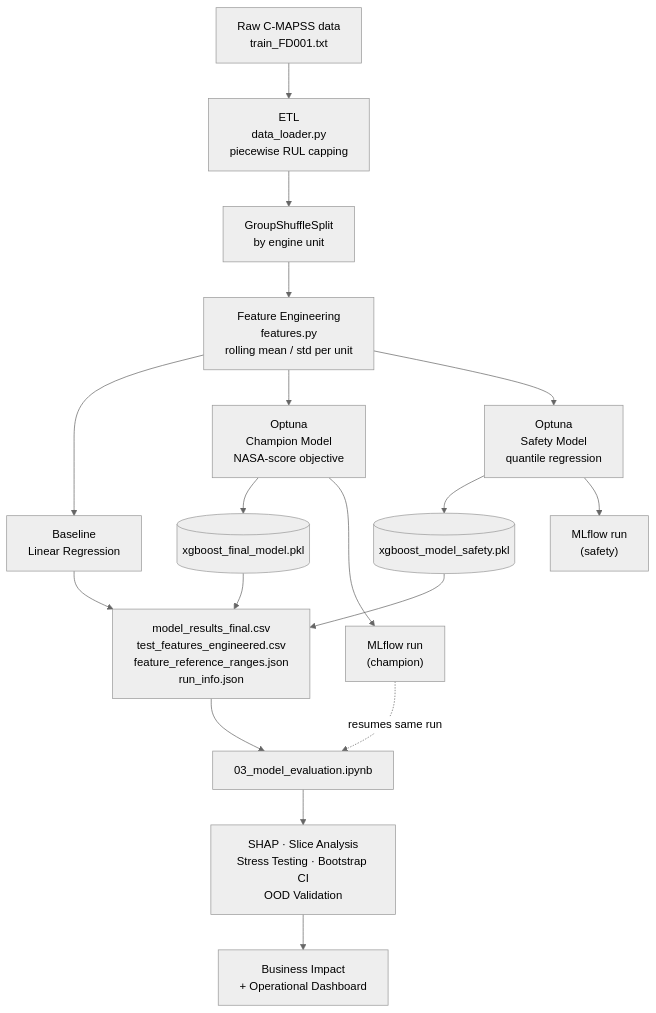
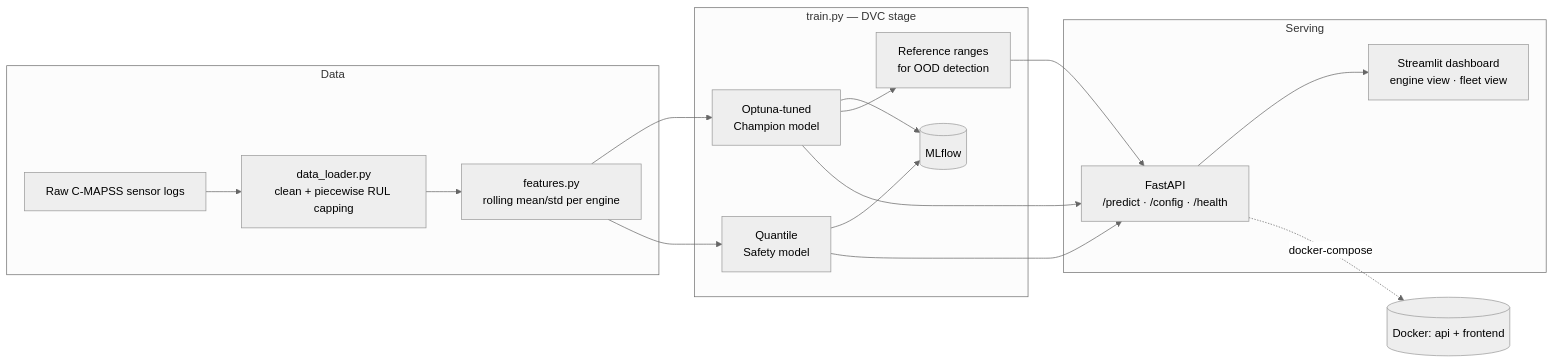
Before and after one commit to Ali-EL-AMRIOUI/predictive_maintenance: the diagram in README.md, drawn with Mermaid (neutral theme). The commit also changed other lines of this file and 13 other files, not shown here.

First line of the commit message:
feat: finalize complete MLOps pipeline with FastAPI, Streamlit UI, an… (#20)

````diff
--- a/README.md
+++ b/README.md
@@ -94,20 +49,22 @@
 ```mermaid
-flowchart TD
-    A["Raw C-MAPSS data\ntrain_FD001.txt"] --> B["ETL\ndata_loader.py\npiecewise RUL capping"]
-    B --> C["GroupShuffleSplit\nby engine unit"]
-    C --> D["Feature Engineering\nfeatures.py\nrolling mean / std per unit"]
-    D --> E["Baseline\nLinear Regression"]
-    D --> F["Optuna\nChampion Model\nNASA-score objective"]
-    D --> G["Optuna\nSafety Model\nquantile regression"]
-    F --> H[("xgboost_final_model.pkl")]
-    G --> I[("xgboost_model_safety.pkl")]
-    F --> K["MLflow run\n(champion)"]
-    G --> L["MLflow run\n(safety)"]
-    H --> M["model_results_final.csv\ntest_features_engineered.csv\nfeature_reference_ranges.json\nrun_info.json"]
-    I --> M
-    E --> M
-    M --> N["03_model_evaluation.ipynb"]
-    N --> O["SHAP · Slice Analysis\nStress Testing · Bootstrap CI\nOOD Validation"]
-    O --> P["Business Impact\n+ Operational Dashboard"]
-    K -. resumes same run .-> N
+flowchart LR
+    subgraph Data
+        A[Raw C-MAPSS sensor logs] --> B[data_loader.py<br/>clean + piecewise RUL capping]
+        B --> C[features.py<br/>rolling mean/std per engine]
+    end
+
+    subgraph Training ["train.py — DVC stage"]
+        C --> D[Optuna-tuned<br/>Champion model]
+        C --> E[Quantile<br/>Safety model]
+        D --> F[(MLflow)]
+        E --> F
+        D --> G[Reference ranges<br/>for OOD detection]
+    end
+
+    subgraph Serving
+        D & E & G --> H[FastAPI<br/>/predict · /config · /health]
+        H --> I[Streamlit dashboard<br/>engine view · fleet view]
+    end
+
+    H -.docker-compose.-> J[(Docker: api + frontend)]
 ```
````
